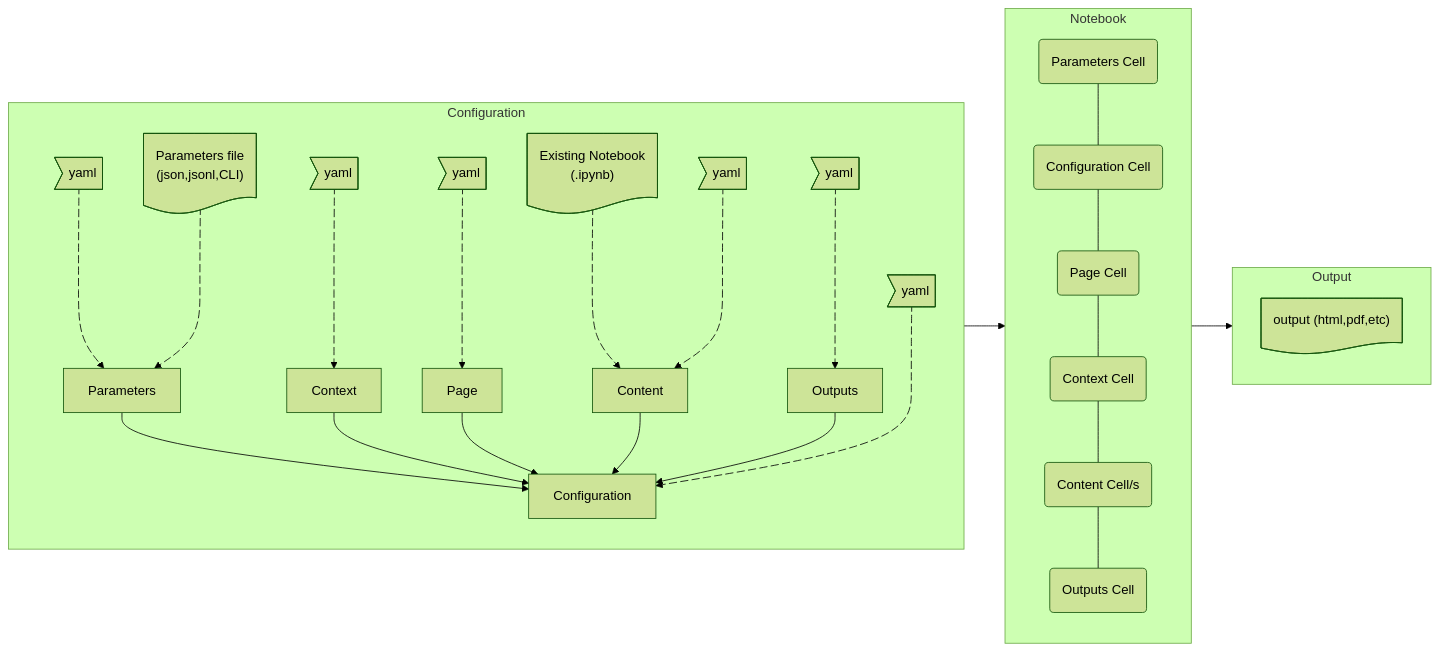
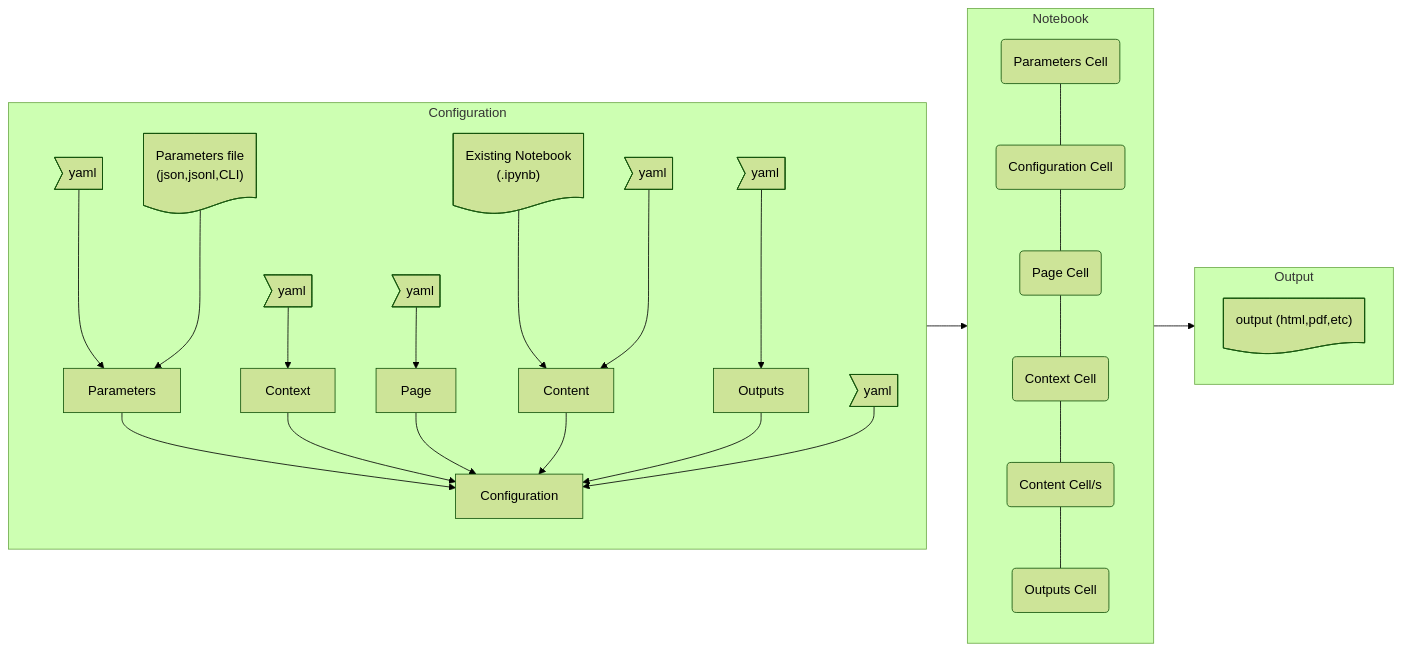
The second of 2 diagrams in docs/src/architecture.md (nbprint/nbprint), drawn with Mermaid (forest theme) before and after one commit. The commit also changed other lines of this file and 2 other files, not shown here.

Commit message:
Update docs links

````diff
--- a/docs/src/architecture.md
+++ b/docs/src/architecture.md
@@ -40,68 +42,76 @@
 ```mermaid
 graph LR
     subgraph Configuration
     pfile@{ shape: doc, label: "Parameters file<br>(json,jsonl,CLI)" }
     paramyaml>yaml]
     param["Parameters"]
     configyaml> yaml]
     config["Configuration"]
     ctxyaml>yaml]
     ctx["Context"]
     pageyaml>yaml]
     page["Page"]
     cntyaml>yaml]
     cnt["Content"]
     nb@{ shape: doc, label: "Existing Notebook<br>(.ipynb)" }
     outyaml>yaml]
     out["Outputs"]
     end
 
     subgraph Notebook
     pcell(Parameters Cell)
     configcell(Configuration Cell)
     pagecell(Page Cell)
     ctxcell(Context Cell)
     contentcell("Content Cell/s")
     outputcell(Outputs Cell)
     end
 
-    paramyaml eparamyamlparam@---> param
-    eparamyamlparam@{animate: true}
-    pfile epfileparam@--->param
-    epfileparam@{animate: true}
+    paramyaml---> param
+    %% paramyaml eparamyamlparam@---> param
+    %% eparamyamlparam@{animate: true}
+    pfile --->param
+    %% pfile epfileparam@--->param
+    %% epfileparam@{animate: true}
     param --> config
 
-    ctxyaml ectxyamlctx@---> ctx
-    ectxyamlctx@{animate: true}
+    ctxyaml --> ctx
+    %% ctxyaml ectxyamlctx@---> ctx
+    %% ectxyamlctx@{animate: true}
     ctx --> config
 
-    pageyaml epageyamlpage@---> page
-    epageyamlpage@{animate: true}
+    pageyaml --> page
+    %% pageyaml epageyamlpage@---> page
+    %% epageyamlpage@{animate: true}
     page --> config
 
-    nb enbcnt@--->cnt
-    enbcnt@{animate: true}
-    cntyaml ecntyamlcnt@---> cnt
-    ecntyamlcnt@{animate: true}
+    nb --->cnt
+    %% nb enbcnt@--->cnt
+    %% enbcnt@{animate: true}
+    cntyaml ---> cnt
+    %% cntyaml ecntyamlcnt@---> cnt
+    %% ecntyamlcnt@{animate: true}
     cnt --> config
 
-    outyaml eoutyamlout@---> out
-    eoutyamlout@{animate: true}
+    outyaml ---> out
+    %% outyaml eoutyamlout@---> out
+    %% eoutyamlout@{animate: true}
     out --> config
 
-    configyaml econfigyamlconfig@---> config
-    econfigyamlconfig@{animate: true}
+    configyaml --> config
+    %% configyaml econfigyamlconfig@---> config
+    %% econfigyamlconfig@{animate: true}
 
     pcell---configcell
     configcell---pagecell
     pagecell---ctxcell
     ctxcell---contentcell
     contentcell --- outputcell
 
     subgraph Output
     o@{ shape: doc, label: "output (html,pdf,etc)" }
     end
 
     Configuration --> Notebook
     Notebook -->Output
 ```
````
